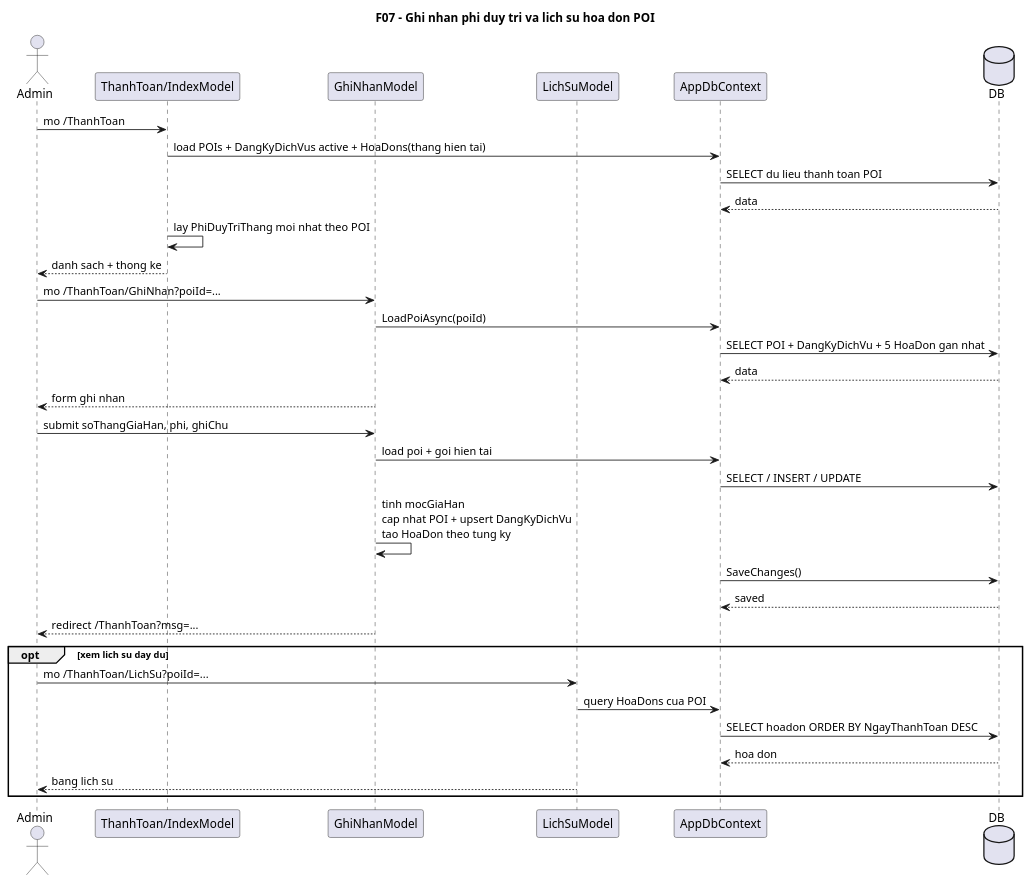
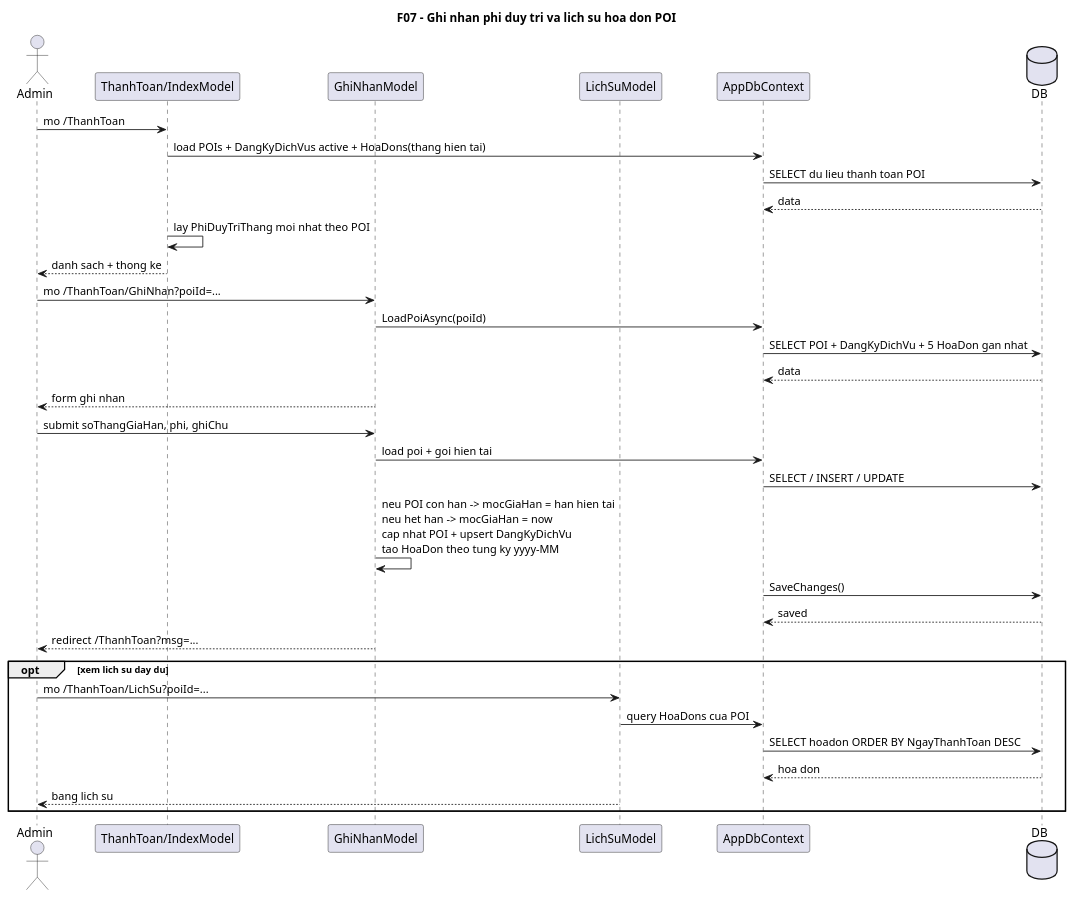
The diagram in docs/diagrams/07-maintenance-payment-sequence.puml (VoBao182/PhoAmThuc), drawn with PlantUML before and after one commit. The commit also changed 11 other files, not shown here.

```diff
--- a/docs/diagrams/07-maintenance-payment-sequence.puml
+++ b/docs/diagrams/07-maintenance-payment-sequence.puml
@@ -1,47 +1,47 @@
 @startuml
 ' Diagram: F07 - Ghi nhan phi duy tri va lich su hoa don POI (Sequence)
 ' Status: VERIFIED
 ' Baseline: branch master, current worktree @ HEAD 3158ff7
 ' Source:
 ' - VinhKhanhTour.CMS/Pages/ThanhToan/Index.cshtml.cs: OnGetAsync()
 ' - VinhKhanhTour.CMS/Pages/ThanhToan/GhiNhan.cshtml.cs: OnGetAsync(), OnPostAsync(), LoadPoiAsync()
 ' - VinhKhanhTour.CMS/Pages/ThanhToan/LichSu.cshtml.cs: OnGetAsync()
-' Note: Sequence mo ta dung luong Razor PageModel hien tai, khong suy dien them PaymentController du phong.
+' Note: Sequence mo ta chi tiet luong Razor PageModel hien tai, gom moc gia han, upsert DangKyDichVu, va tao HoaDon theo tung thang; khong suy dien them PaymentController du phong.
 title F07 - Ghi nhan phi duy tri va lich su hoa don POI
 
 actor Admin
 participant "ThanhToan/IndexModel" as IndexModel
 participant "GhiNhanModel" as GhiNhanModel
 participant "LichSuModel" as LichSuModel
 participant AppDbContext
 database DB
 
 Admin -> IndexModel: mo /ThanhToan
 IndexModel -> AppDbContext: load POIs + DangKyDichVus active + HoaDons(thang hien tai)
 AppDbContext -> DB: SELECT du lieu thanh toan POI
 DB --> AppDbContext: data
 IndexModel -> IndexModel: lay PhiDuyTriThang moi nhat theo POI
 IndexModel --> Admin: danh sach + thong ke
 
 Admin -> GhiNhanModel: mo /ThanhToan/GhiNhan?poiId=...
 GhiNhanModel -> AppDbContext: LoadPoiAsync(poiId)
 AppDbContext -> DB: SELECT POI + DangKyDichVu + 5 HoaDon gan nhat
 DB --> AppDbContext: data
 GhiNhanModel --> Admin: form ghi nhan
 
 Admin -> GhiNhanModel: submit soThangGiaHan, phi, ghiChu
 GhiNhanModel -> AppDbContext: load poi + goi hien tai
 AppDbContext -> DB: SELECT / INSERT / UPDATE
-GhiNhanModel -> GhiNhanModel: tinh mocGiaHan\ncap nhat POI + upsert DangKyDichVu\ntao HoaDon theo tung ky
+GhiNhanModel -> GhiNhanModel: neu POI con han -> mocGiaHan = han hien tai\nneu het han -> mocGiaHan = now\ncap nhat POI + upsert DangKyDichVu\ntao HoaDon theo tung ky yyyy-MM
 AppDbContext -> DB: SaveChanges()
 DB --> AppDbContext: saved
 GhiNhanModel --> Admin: redirect /ThanhToan?msg=...
 
 opt xem lich su day du
   Admin -> LichSuModel: mo /ThanhToan/LichSu?poiId=...
   LichSuModel -> AppDbContext: query HoaDons cua POI
   AppDbContext -> DB: SELECT hoadon ORDER BY NgayThanhToan DESC
   DB --> AppDbContext: hoa don
   LichSuModel --> Admin: bang lich su
 end
 @enduml
```
